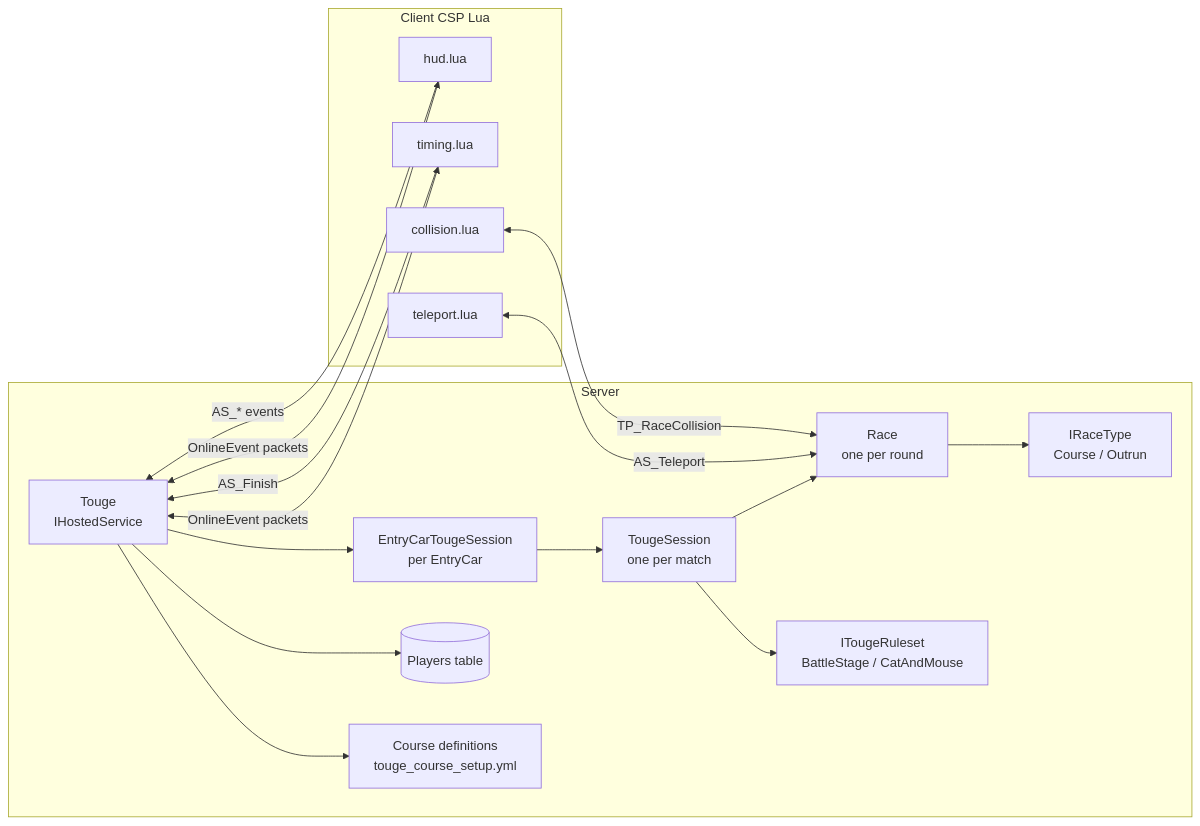
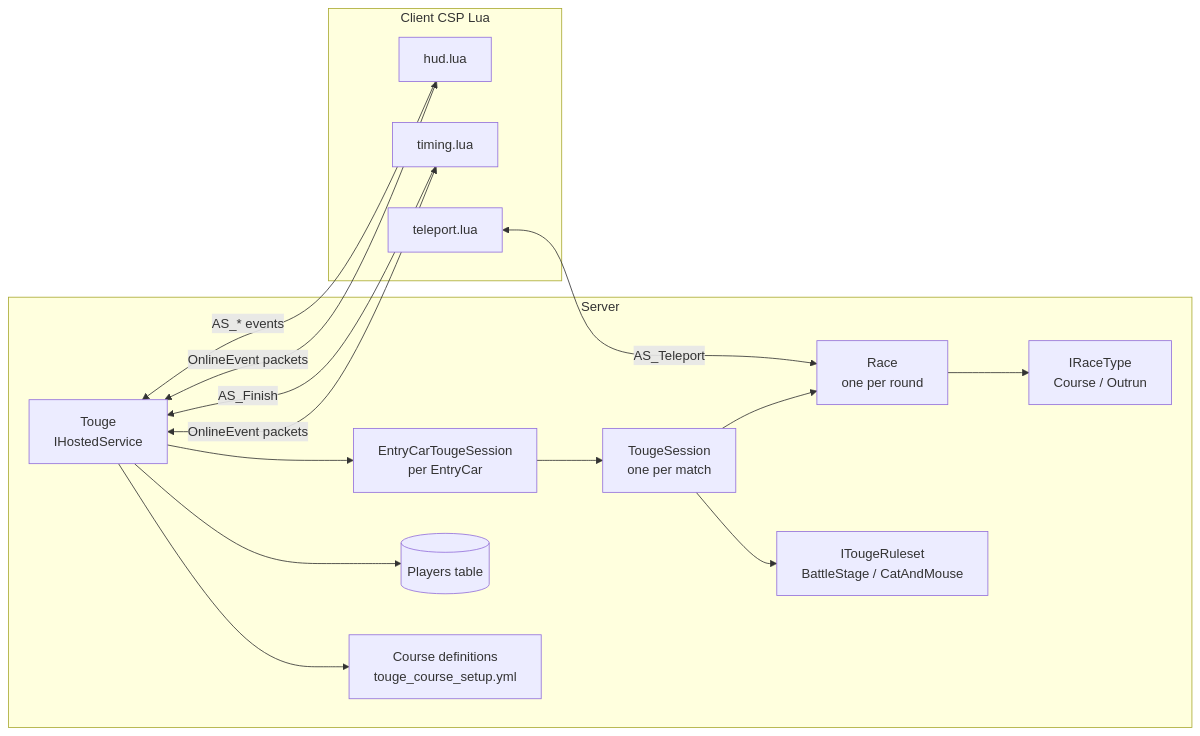
Before and after one commit to rockavoldy/TougePlugin: the first of 4 diagrams in Plugins/TougePlugin/ARCHITECTURE.md, drawn with Mermaid. The commit also changed other lines of this file and 36 other files, not shown here.

````diff
--- a/Plugins/TougePlugin/ARCHITECTURE.md
+++ b/Plugins/TougePlugin/ARCHITECTURE.md
@@ -34,22 +34,21 @@
 ```mermaid
 flowchart LR
     subgraph Server
         T[Touge<br/>IHostedService] --> ECSM[EntryCarTougeSession<br/>per EntryCar]
         T --> DB[(Players table)]
         T --> Courses[Course definitions<br/>touge_course_setup.yml]
         ECSM --> TS[TougeSession<br/>one per match]
         TS --> R[Race<br/>one per round]
         R --> RT[IRaceType<br/>Course / Outrun]
         TS --> RS[ITougeRuleset<br/>BattleStage / CatAndMouse]
     end
 
     subgraph Client CSP Lua
         HUD[hud.lua] -->|AS_* events| T
         TIMER[timing.lua] -->|AS_Finish| T
         TP[teleport.lua] <-->|AS_Teleport| R
-        COL[collision.lua] <-->|TP_RaceCollision| R
     end
 
     T <-->|OnlineEvent packets| HUD
     T <-->|OnlineEvent packets| TIMER
 ```
````
